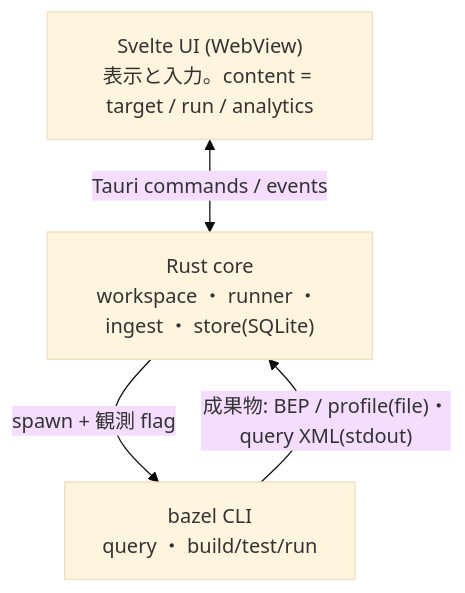
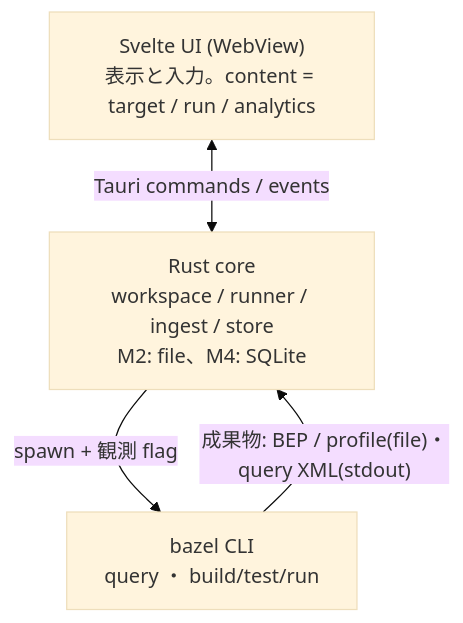
The diagram in docs/design/overview.md (OhataKenji/zeal), drawn with Mermaid (base theme) before and after one commit. The commit also changed other lines of this file and 3 other files, not shown here.

````diff
--- a/docs/design/overview.md
+++ b/docs/design/overview.md
@@ -46,9 +47,9 @@
 ```mermaid
 flowchart TD
     UI["Svelte UI (WebView)<br/>表示と入力。content = target / run / analytics"]
-    CORE["Rust core<br/>workspace ・ runner ・ ingest ・ store(SQLite)"]
+    CORE["Rust core<br/>workspace / runner / ingest / store<br/>M2: file、M4: SQLite"]
     BAZEL["bazel CLI<br/>query ・ build/test/run"]
     UI <-->|"Tauri commands / events"| CORE
     CORE -->|"spawn + 観測 flag"| BAZEL
     BAZEL -->|"成果物: BEP / profile(file)・query XML(stdout)"| CORE
 ```
````
